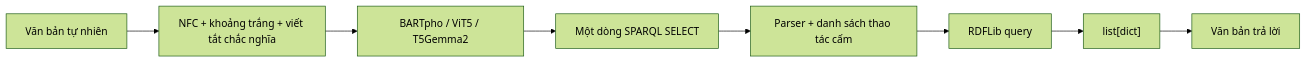
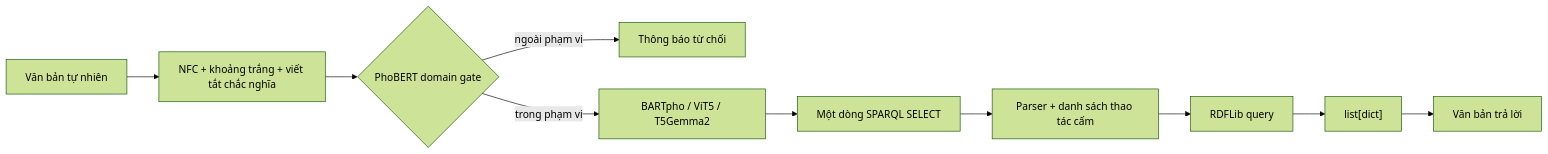
One commit to vpthinh19/ontology-chatbot changed the diagram in docs/CONCEPT.md. Above: the diagram before and after it, drawn with Mermaid (forest theme). The commit also changed other lines of this file and 6 other files, not shown here.

````diff
--- a/docs/CONCEPT.md
+++ b/docs/CONCEPT.md
@@ -27,10 +27,12 @@
 ```mermaid
 flowchart LR
     Q["Văn bản tự nhiên"] --> N["NFC + khoảng trắng + viết tắt chắc nghĩa"]
-    N --> M["BARTpho / ViT5 / T5Gemma2"]
+    N --> D{"PhoBERT domain gate"}
+    D -- "ngoài phạm vi" --> X["Thông báo từ chối"]
+    D -- "trong phạm vi" --> M["BARTpho / ViT5 / T5Gemma2"]
     M --> S["Một dòng SPARQL SELECT"]
     S --> V["Parser + danh sách thao tác cấm"]
     V --> G["RDFLib query"]
     G --> R["list[dict]"]
     R --> T["Văn bản trả lời"]
 ```
````
